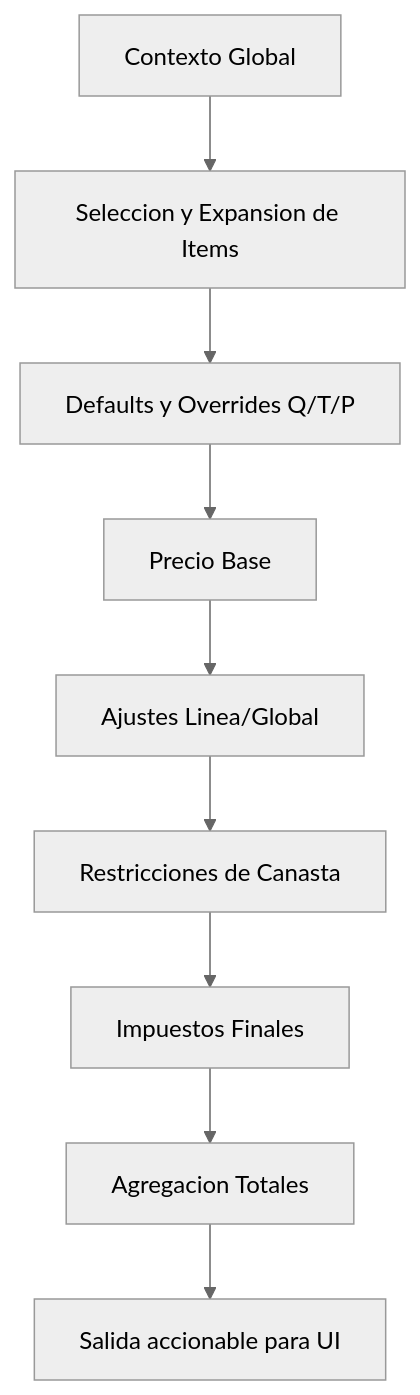
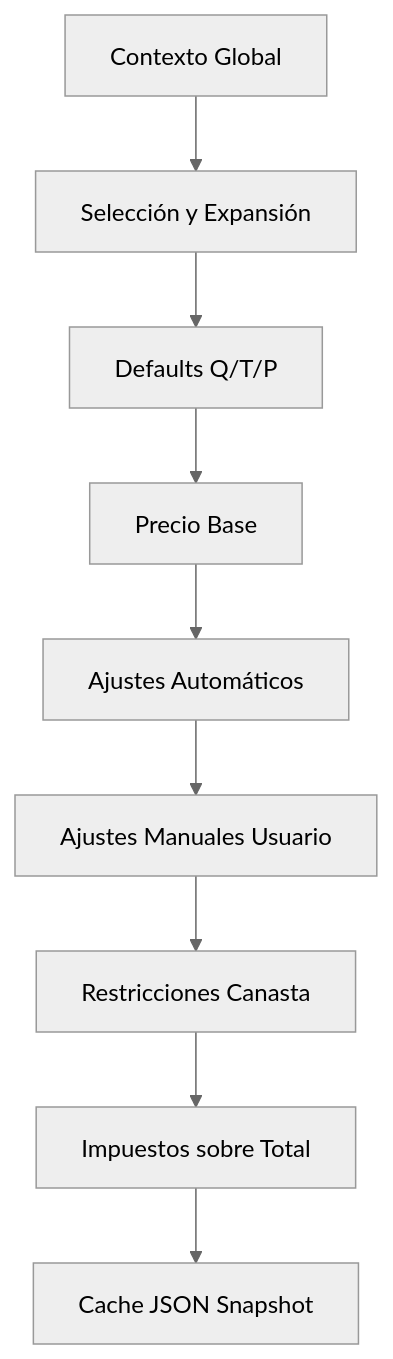
Before and after one commit to jpcosec/Cotizador: the diagram in docs/quotation-pipeline-flow-v3.md, drawn with Mermaid (neutral theme). The commit also changed other lines of this file and 24 other files, not shown here.

````diff
--- a/docs/quotation-pipeline-flow-v3.md
+++ b/docs/quotation-pipeline-flow-v3.md
@@ -126,11 +98,11 @@
 ```mermaid
 graph TD
-    A[Contexto Global] --> B[Seleccion y Expansion de Items]
-    B --> C[Defaults y Overrides Q/T/P]
+    A[Contexto Global] --> B[Selección y Expansión]
+    B --> C[Defaults Q/T/P]
     C --> D[Precio Base]
-    D --> E[Ajustes Linea/Global]
-    E --> F[Restricciones de Canasta]
-    F --> G[Impuestos Finales]
-    G --> H[Agregacion Totales]
-    H --> I[Salida accionable para UI]
+    D --> E[Ajustes Automáticos]
+    E --> F[Ajustes Manuales Usuario]
+    F --> G[Restricciones Canasta]
+    G --> H[Impuestos sobre Total]
+    H --> I[Cache JSON Snapshot]
 ```
````
